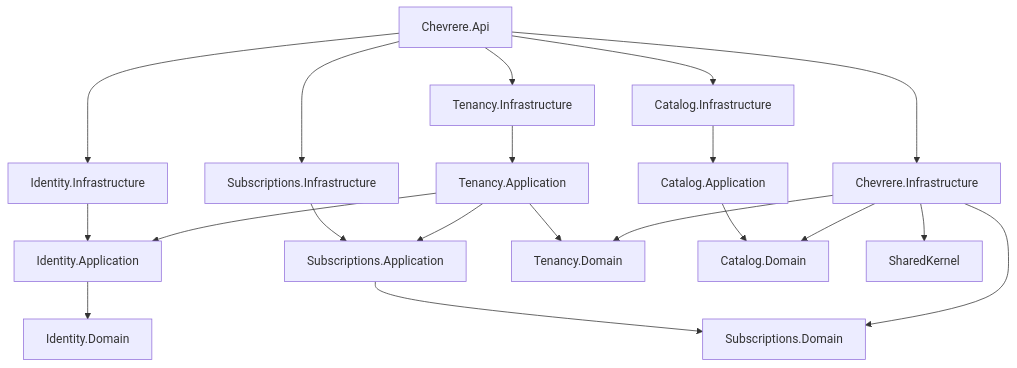
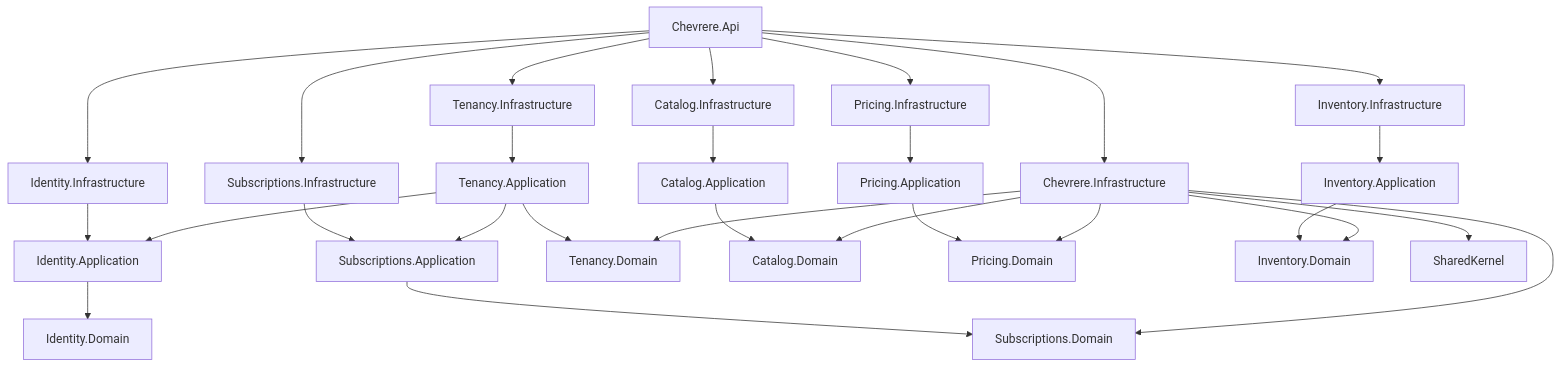
The diagram in docs/architecture.md (adolfojinete/Chevrere), drawn with Mermaid before and after one commit. The commit also changed other lines of this file and 37 other files, not shown here.

````diff
--- a/docs/architecture.md
+++ b/docs/architecture.md
@@ -107,26 +121,34 @@
 ```mermaid
 flowchart TD
     Api[Chevrere.Api] --> IdentityInfra[Identity.Infrastructure]
     Api --> TenancyInfra[Tenancy.Infrastructure]
     Api --> SubsInfra[Subscriptions.Infrastructure]
     Api --> CatalogInfra[Catalog.Infrastructure]
+    Api --> PricingInfra[Pricing.Infrastructure]
+    Api --> InventoryInfra[Inventory.Infrastructure]
     Api --> SharedInfra[Chevrere.Infrastructure]
 
     IdentityInfra --> IdentityApp[Identity.Application]
     TenancyInfra --> TenancyApp[Tenancy.Application]
     SubsInfra --> SubsApp[Subscriptions.Application]
     CatalogInfra --> CatalogApp[Catalog.Application]
+    PricingInfra --> PricingApp[Pricing.Application]
+    InventoryInfra --> InventoryApp[Inventory.Application]
 
     TenancyApp --> IdentityApp
     TenancyApp --> SubsApp
 
     IdentityApp --> IdentityDomain[Identity.Domain]
     TenancyApp --> TenancyDomain[Tenancy.Domain]
     SubsApp --> SubsDomain[Subscriptions.Domain]
     CatalogApp --> CatalogDomain[Catalog.Domain]
+    PricingApp --> PricingDomain[Pricing.Domain]
+    InventoryApp --> InventoryDomain[Inventory.Domain]
 
     SharedInfra --> CatalogDomain
+    SharedInfra --> PricingDomain
+    SharedInfra --> InventoryDomain
     SharedInfra --> TenancyDomain
     SharedInfra --> SubsDomain
     SharedInfra --> SharedKernel[SharedKernel]
 ```
````
